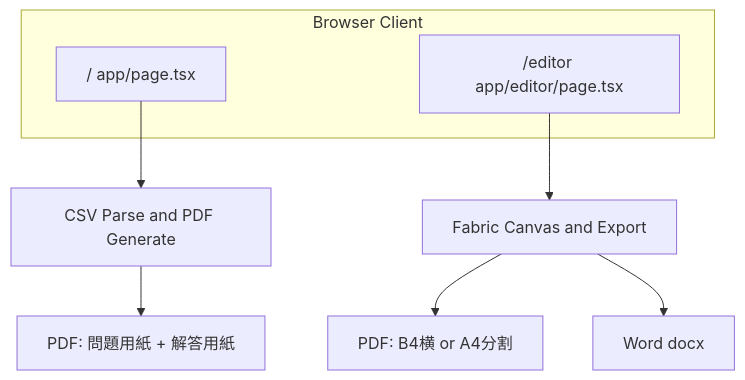
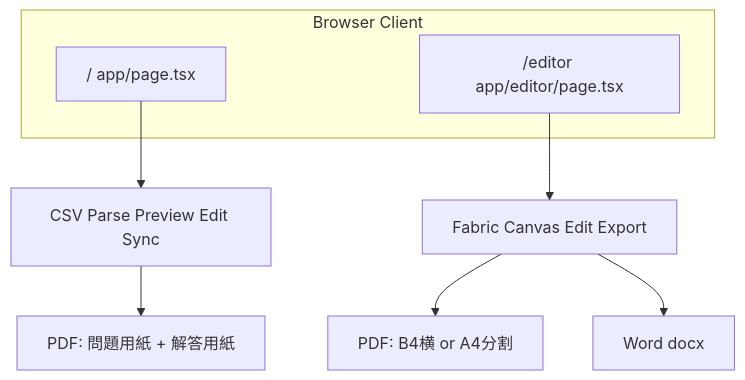
The first of 6 diagrams in docs/BUSINESS_WORKFLOW.md (Ryo0922ta/create-exam-app), drawn with Mermaid before and after one commit. The commit also changed other lines of this file and 2 other files, not shown here.

````diff
--- a/docs/BUSINESS_WORKFLOW.md
+++ b/docs/BUSINESS_WORKFLOW.md
@@ -16,12 +16,12 @@
 ```mermaid
 flowchart TB
     subgraph client [Browser Client]
         Home["/ app/page.tsx"]
         Editor["/editor app/editor/page.tsx"]
     end
-    Home --> CSVFlow[CSV Parse and PDF Generate]
-    Editor --> CanvasFlow[Fabric Canvas and Export]
+    Home --> CSVFlow[CSV Parse Preview Edit Sync]
+    Editor --> CanvasFlow[Fabric Canvas Edit Export]
     CSVFlow --> PDF1["PDF: 問題用紙 + 解答用紙"]
     CanvasFlow --> PDF2["PDF: B4横 or A4分割"]
     CanvasFlow --> DOCX["Word docx"]
 ```
````
